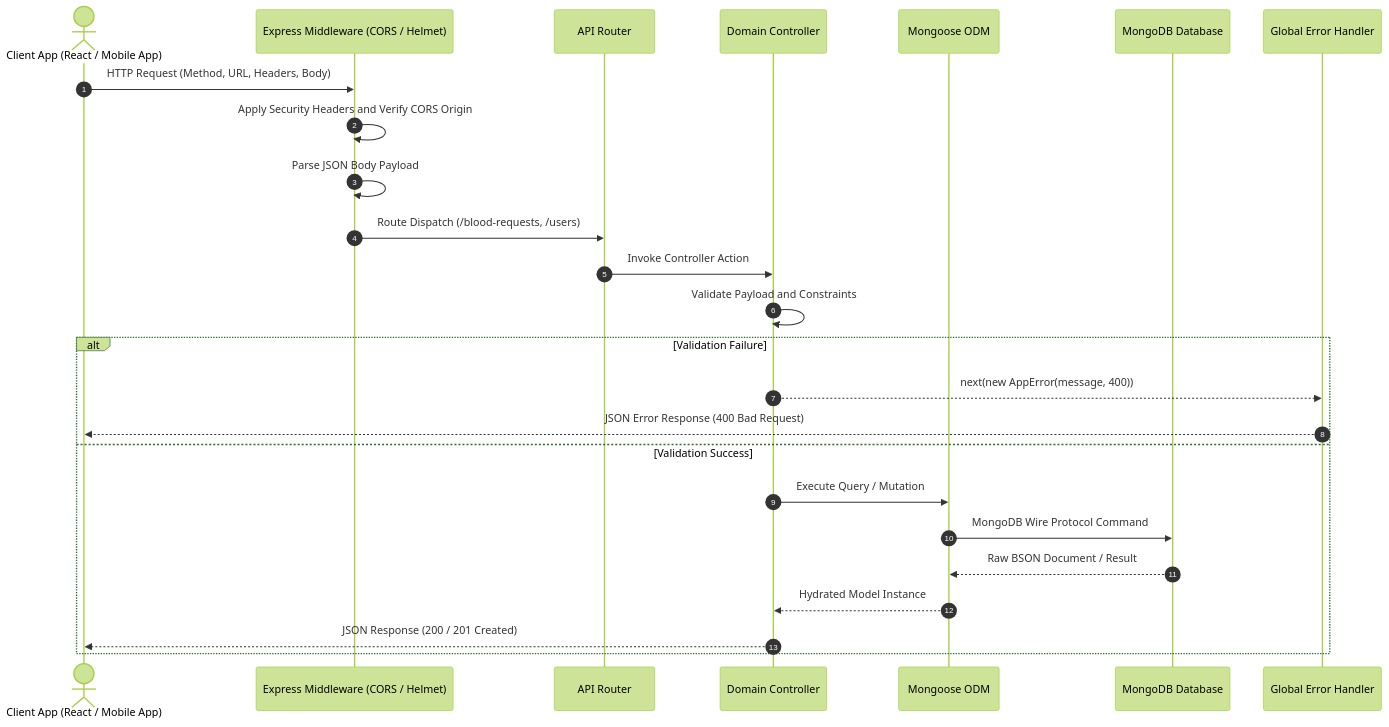
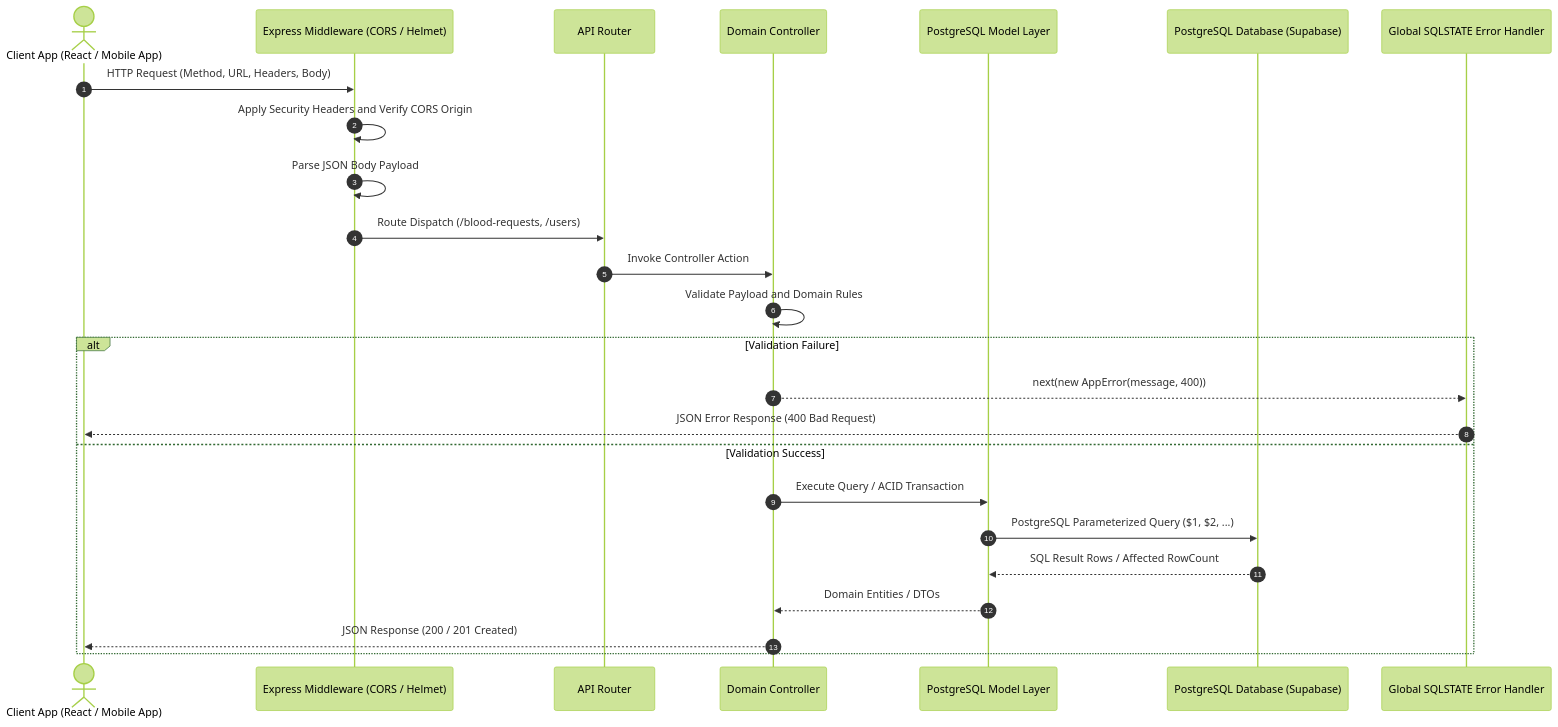
The second of 8 diagrams in README.md (AuraMasters/LifeLink-Blood-Donation-and-Emergency-Blood-Matching-System), drawn with Mermaid (forest theme) before and after one commit. The commit also changed other lines of this file, not shown here.

Commit message:
docs: eliminate MongoDB references and formalize PostgreSQL DBMS normalization, indexing, transactions, procedures, and triggers

````diff
--- a/README.md
+++ b/README.md
@@ -138,29 +138,29 @@
 ```mermaid
 sequenceDiagram
     autonumber
     actor Client as Client App (React / Mobile App)
     participant MW as Express Middleware (CORS / Helmet)
     participant Router as API Router
     participant Controller as Domain Controller
-    participant Model as Mongoose ODM
-    participant DB as MongoDB Database
-    participant ErrorMW as Global Error Handler
+    participant Model as PostgreSQL Model Layer
+    participant DB as PostgreSQL Database (Supabase)
+    participant ErrorMW as Global SQLSTATE Error Handler
 
     Client->>MW: HTTP Request (Method, URL, Headers, Body)
     MW->>MW: Apply Security Headers and Verify CORS Origin
     MW->>MW: Parse JSON Body Payload
     MW->>Router: Route Dispatch (/blood-requests, /users)
     Router->>Controller: Invoke Controller Action
-    Controller->>Controller: Validate Payload and Constraints
+    Controller->>Controller: Validate Payload and Domain Rules
 
     alt Validation Failure
         Controller-->>ErrorMW: next(new AppError(message, 400))
         ErrorMW-->>Client: JSON Error Response (400 Bad Request)
     else Validation Success
-        Controller->>Model: Execute Query / Mutation
-        Model->>DB: MongoDB Wire Protocol Command
-        DB-->>Model: Raw BSON Document / Result
-        Model-->>Controller: Hydrated Model Instance
+        Controller->>Model: Execute Query / ACID Transaction
+        Model->>DB: PostgreSQL Parameterized Query ($1, $2, ...)
+        DB-->>Model: SQL Result Rows / Affected RowCount
+        Model-->>Controller: Domain Entities / DTOs
         Controller-->>Client: JSON Response (200 / 201 Created)
     end
 ```
````
